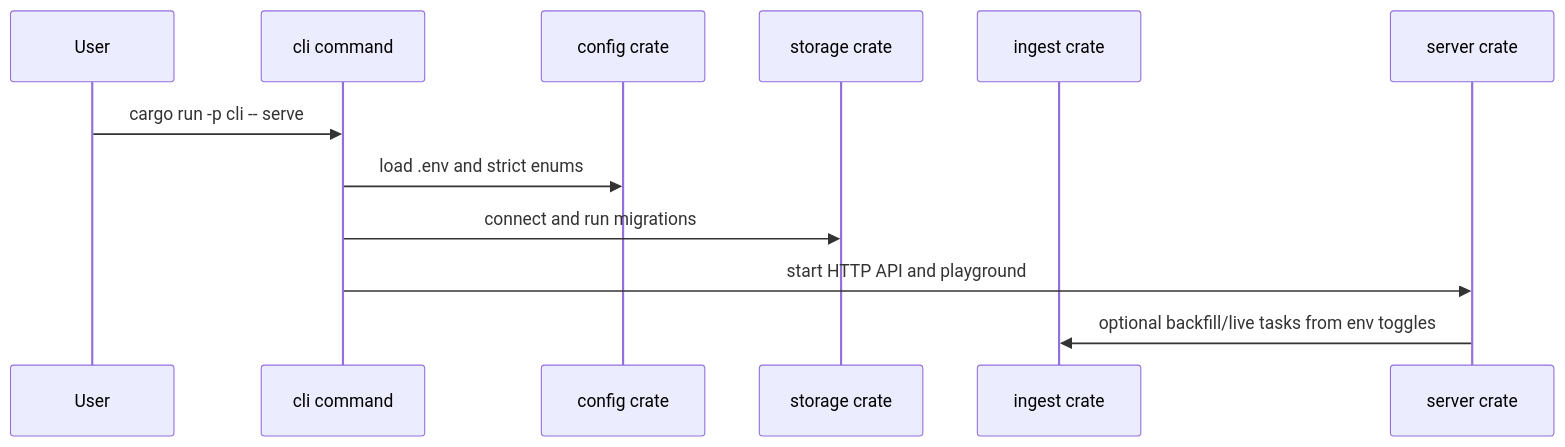
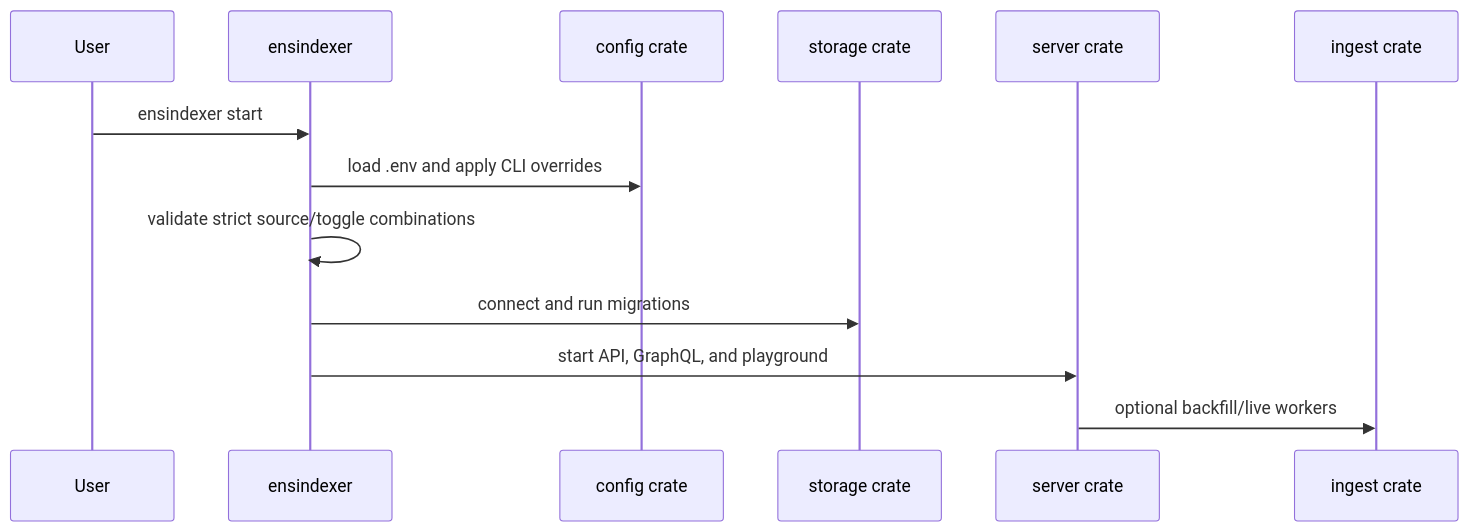
Before and after one commit to thenamespace/ensindexer-rs: the diagram in crates/cli/README.md, drawn with Mermaid. The commit also changed other lines of this file and 14 other files, not shown here.

````diff
--- a/crates/cli/README.md
+++ b/crates/cli/README.md
@@ -7,15 +7,16 @@
 ```mermaid
 sequenceDiagram
     participant User
-    participant CLI as cli command
+    participant CLI as ensindexer
     participant Config as config crate
     participant Storage as storage crate
+    participant Server as server crate
     participant Ingest as ingest crate
-    participant Server as server crate
 
-    User->>CLI: cargo run -p cli -- serve
-    CLI->>Config: load .env and strict enums
+    User->>CLI: ensindexer start
+    CLI->>Config: load .env and apply CLI overrides
+    CLI->>CLI: validate strict source/toggle combinations
     CLI->>Storage: connect and run migrations
-    CLI->>Server: start HTTP API and playground
-    Server->>Ingest: optional backfill/live tasks from env toggles
+    CLI->>Server: start API, GraphQL, and playground
+    Server->>Ingest: optional backfill/live workers
 ```
````
